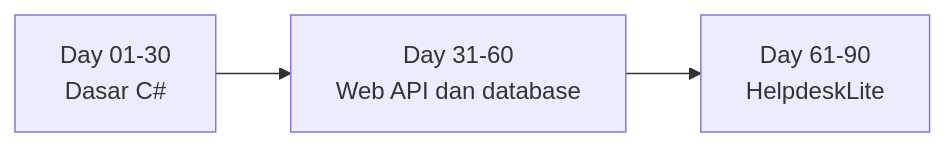
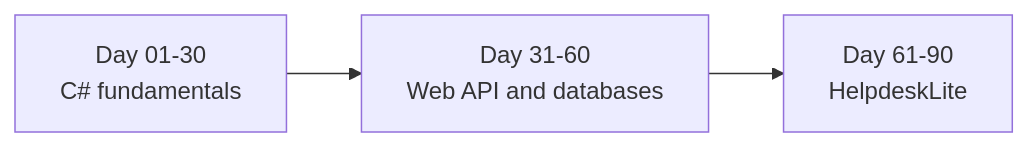
One commit to iqraa07/dotnet-90-days changed the diagram in README.md. Above: the diagram before and after it, drawn with Mermaid. The commit also changed other lines of this file and 114 other files, not shown here.

````diff
--- a/README.md
+++ b/README.md
@@ -19,5 +19,5 @@
 ```mermaid
 flowchart LR
-    A["Day 01-30<br/>Dasar C#"] --> B["Day 31-60<br/>Web API dan database"]
+    A["Day 01-30<br/>C# fundamentals"] --> B["Day 31-60<br/>Web API and databases"]
     B --> C["Day 61-90<br/>HelpdeskLite"]
 ```
````
